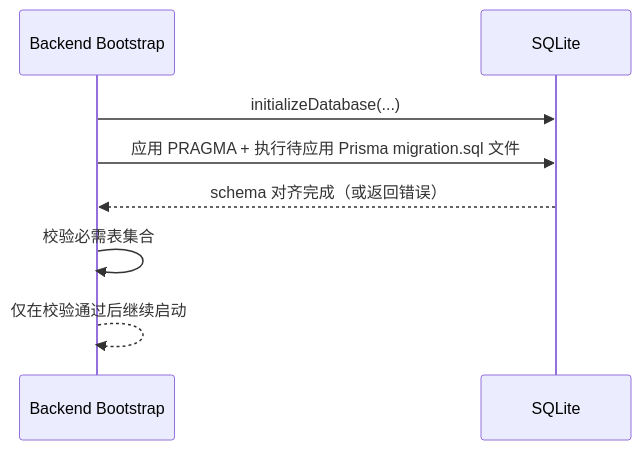
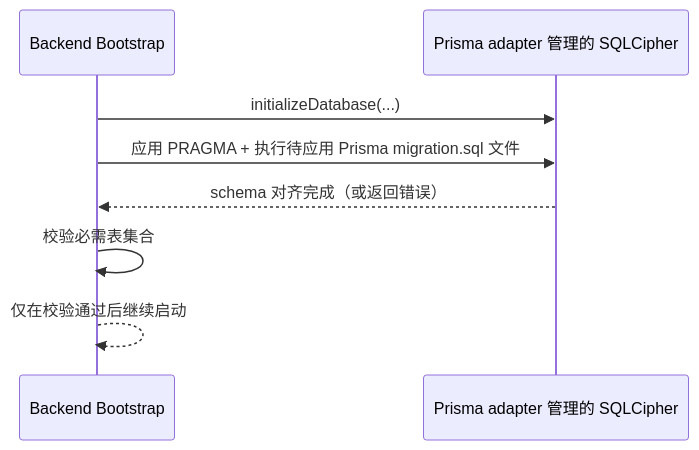
One commit to XYZ1024-alt/Cosmosh changed the tenth of 10 diagrams in docs/zh-CN/developer/core/architecture.md. Above: the diagram before and after it, drawn with Mermaid. The commit also changed other lines of this file and 12 other files, not shown here.

First line of the commit message:
fix(backend): enforce SQLCipher for Prisma storage

````diff
--- a/docs/zh-CN/developer/core/architecture.md
+++ b/docs/zh-CN/developer/core/architecture.md
@@ -356,11 +366,11 @@
 ```mermaid
 sequenceDiagram
   participant BE as Backend Bootstrap
-  participant DB as SQLite
+  participant DB as Prisma adapter 管理的 SQLCipher
 
   BE->>DB: initializeDatabase(...)
   BE->>DB: 应用 PRAGMA + 执行待应用 Prisma migration.sql 文件
   DB-->>BE: schema 对齐完成（或返回错误）
   BE->>BE: 校验必需表集合
   BE-->>BE: 仅在校验通过后继续启动
 ```
````
